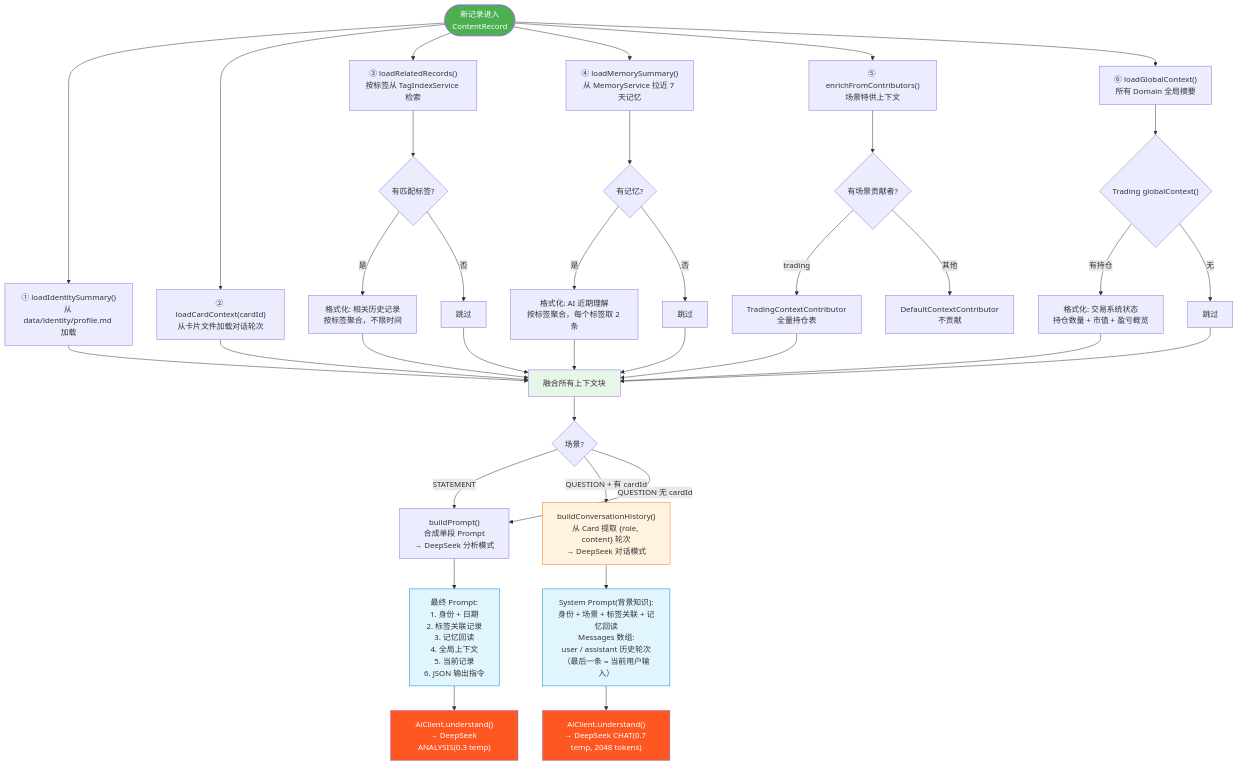
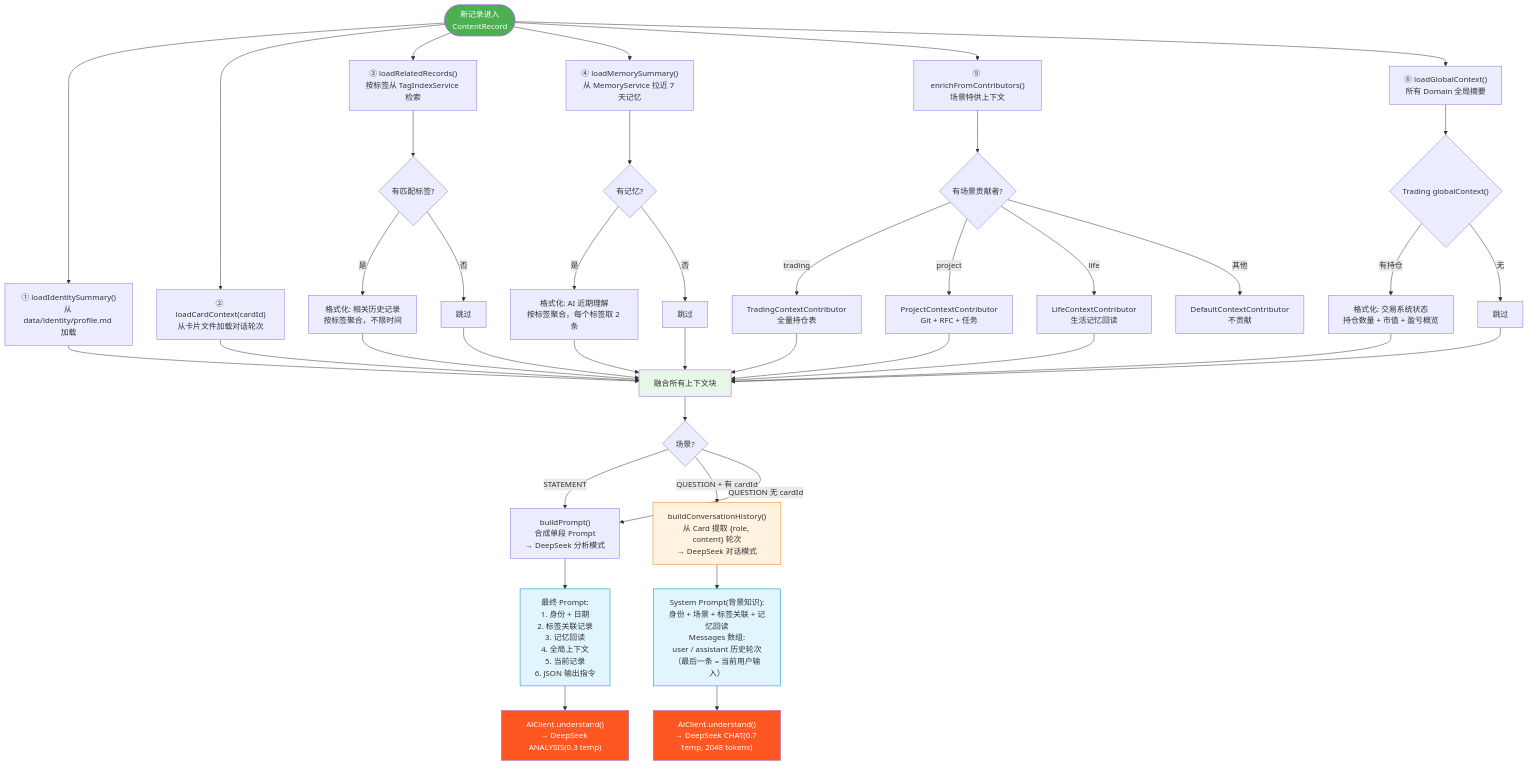
One commit to adaios/adaios changed the third of 4 diagrams in docs/architecture/system-architecture.md. Above: the diagram before and after it, drawn with Mermaid. The commit also changed other lines of this file and 17 other files, not shown here.

````diff
--- a/docs/architecture/system-architecture.md
+++ b/docs/architecture/system-architecture.md
@@ -151,54 +162,58 @@
 ```mermaid
 flowchart TD
     Start(["新记录进入<br/>ContentRecord"]) --> LoadIdentity["① loadIdentitySummary()<br/>从 data/identity/profile.md 加载"]
     Start --> LoadCard["② loadCardContext(cardId)<br/>从卡片文件加载对话轮次"]
     Start --> LoadRelated["③ loadRelatedRecords()<br/>按标签从 TagIndexService 检索"]
     Start --> LoadMemory["④ loadMemorySummary()<br/>从 MemoryService 拉近 7 天记忆"]
     Start --> LoadDomain["⑤ enrichFromContributors()<br/>场景特供上下文"]
     Start --> LoadGlobal["⑥ loadGlobalContext()<br/>所有 Domain 全局摘要"]
 
     LoadRelated --> RelatedDetail{"有匹配标签?"}
     RelatedDetail -->|是| FormatRelated["格式化: 相关历史记录<br/>按标签聚合，不限时间"]
     RelatedDetail -->|否| SkipRelated["跳过"]
 
     LoadMemory --> MemDetail{"有记忆?"}
     MemDetail -->|是| FormatMem["格式化: AI 近期理解<br/>按标签聚合，每个标签取 2 条"]
     MemDetail -->|否| SkipMem["跳过"]
 
     LoadDomain --> DomainDetail{"有场景贡献者?"}
     DomainDetail -->|trading| TradingCtx["TradingContextContributor<br/>全量持仓表"]
+    DomainDetail -->|project| ProjectCtx["ProjectContextContributor<br/>Git + RFC + 任务"]
+    DomainDetail -->|life| LifeCtx["LifeContextContributor<br/>生活记忆回读"]
     DomainDetail -->|其他| DefaultCtx["DefaultContextContributor<br/>不贡献"]
 
     LoadGlobal --> GlobalCtx{"Trading globalContext()"}
     GlobalCtx -->|有持仓| FormatGlobal["格式化: 交易系统状态<br/>持仓数量 + 市值 + 盈亏概览"]
     GlobalCtx -->|无| SkipGlobal["跳过"]
 
     FormatRelated --> Merge["融合所有上下文块"]
     FormatMem --> Merge
     TradingCtx --> Merge
+    ProjectCtx --> Merge
+    LifeCtx --> Merge
     FormatGlobal --> Merge
     LoadIdentity --> Merge
     LoadCard --> Merge
     SkipRelated --> Merge
     SkipMem --> Merge
     SkipGlobal --> Merge
 
     Merge --> SceneSplit{"场景?"}
     SceneSplit -->|STATEMENT| Analysis["buildPrompt()<br/>合成单段 Prompt<br/>→ DeepSeek 分析模式"]
     SceneSplit -->|QUESTION + 有 cardId| BuildChat["buildConversationHistory()<br/>从 Card 提取 {role, content} 轮次<br/>→ DeepSeek 对话模式"]
     SceneSplit -->|QUESTION 无 cardId| Analysis
 
     Analysis --> AnalysisResult["最终 Prompt:<br/>1. 身份 + 日期<br/>2. 标签关联记录<br/>3. 记忆回读<br/>4. 全局上下文<br/>5. 当前记录<br/>6. JSON 输出指令"]
     BuildChat --> ChatResult["System Prompt(背景知识):<br/>身份 + 场景 + 标签关联 + 记忆回读<br/>Messages 数组:<br/>user / assistant 历史轮次<br/>（最后一条 = 当前用户输入）"]
 
     AnalysisResult --> AI["AiClient.understand()<br/>→ DeepSeek ANALYSIS(0.3 temp)"]
     ChatResult --> AI2["AiClient.understand()<br/>→ DeepSeek CHAT(0.7 temp, 2048 tokens)"]
 
     style Start fill:#4caf50,color:#fff
     style AI fill:#ff5722,color:#fff
     style AI2 fill:#ff5722,color:#fff
     style AnalysisResult fill:#e1f5fe,stroke:#0288d1
     style ChatResult fill:#e1f5fe,stroke:#0288d1
     style BuildChat fill:#fff3e0,stroke:#f57c00
     style Merge fill:#e8f5e9
 ```
````
